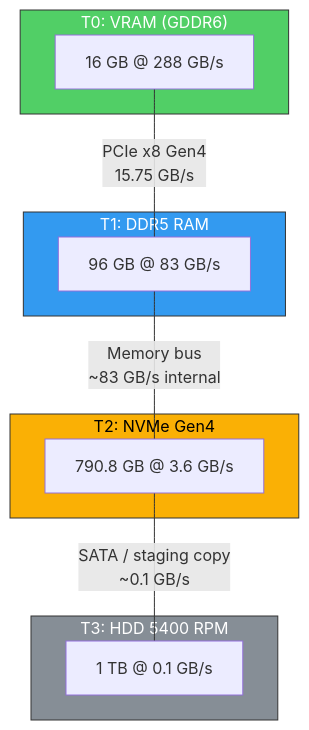
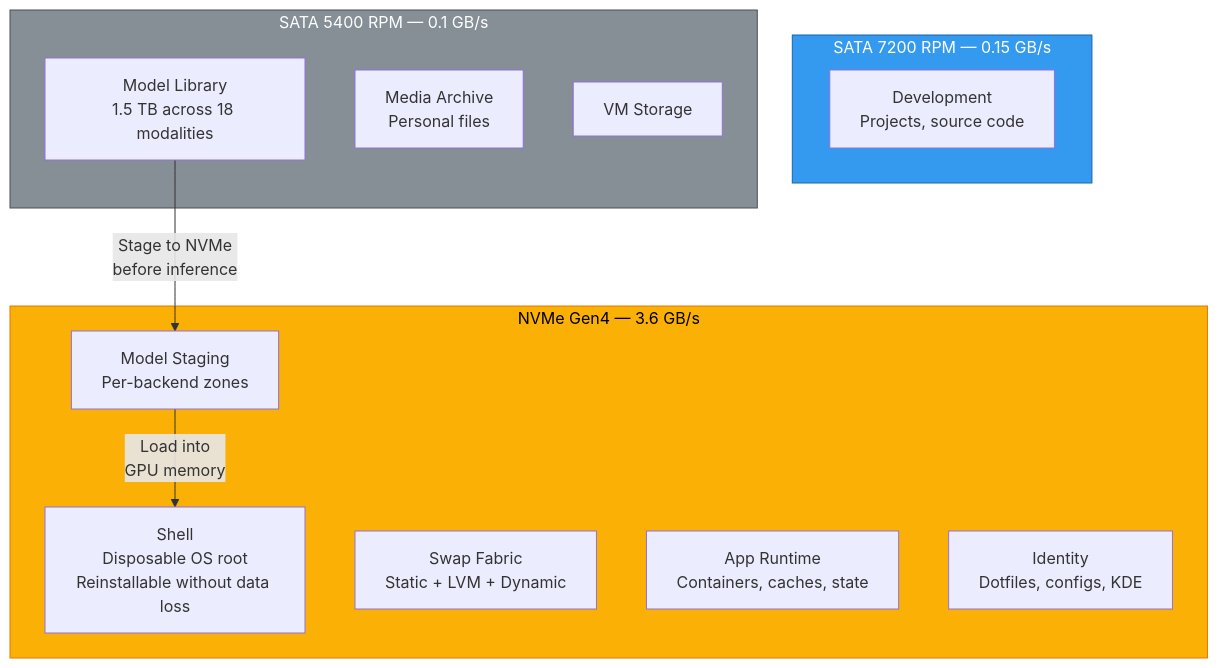
Before and after one commit to AmeerJ97/project-host: the third of 4 diagrams in README.md, drawn with Mermaid. The commit also changed other lines of this file and 23 other files, not shown here.

First line of the commit message:
feat: CUDA 13.1, per-backend staging zones, validation suite v5.0

````diff
--- a/README.md
+++ b/README.md
@@ -111,27 +104,27 @@
 ```mermaid
 graph TD
-    subgraph T0 ["T0: VRAM (GDDR6)"]
-        VRAM["16 GB @ 288 GB/s"]
+    subgraph NVMe_Tier ["NVMe Gen4 — 3.6 GB/s"]
+        SHELL["Shell<br/>Disposable OS root<br/>Reinstallable without data loss"]
+        GW_SWAP["Swap Fabric<br/>Static + LVM + Dynamic"]
+        GW_STAGE["Model Staging<br/>Per-backend zones"]
+        GW_APPS["App Runtime<br/>Containers, caches, state"]
+        GW_CONF["Identity<br/>Dotfiles, configs, KDE"]
     end
 
-    subgraph T1 ["T1: DDR5 RAM"]
-        RAM["96 GB @ 83 GB/s"]
+    subgraph SATA_Fast ["SATA 7200 RPM — 0.15 GB/s"]
+        DEV["Development<br/>Projects, source code"]
     end
 
-    subgraph T2 ["T2: NVMe Gen4"]
-        NVME["790.8 GB @ 3.6 GB/s"]
+    subgraph SATA_Slow ["SATA 5400 RPM — 0.1 GB/s"]
+        MODELS["Model Library<br/>1.5 TB across 18 modalities"]
+        MEDIA["Media Archive<br/>Personal files"]
+        VMS["VM Storage"]
     end
 
-    subgraph T3 ["T3: HDD 5400 RPM"]
-        HDD["1 TB @ 0.1 GB/s"]
-    end
+    MODELS -->|"Stage to NVMe<br/>before inference"| GW_STAGE
+    GW_STAGE -->|"Load into<br/>GPU memory"| SHELL
 
-    VRAM ---|"PCIe x8 Gen4<br>15.75 GB/s"| RAM
-    RAM ---|"Memory bus<br>~83 GB/s internal"| NVME
-    NVME ---|"SATA / staging copy<br>~0.1 GB/s"| HDD
-
-    style T0 fill:#51cf66,stroke:#333,color:#fff
-    style T1 fill:#339af0,stroke:#333,color:#fff
-    style T2 fill:#fab005,stroke:#333,color:#000
-    style T3 fill:#868e96,stroke:#333,color:#fff
+    style NVMe_Tier fill:#fab005,stroke:#e67700,color:#000
+    style SATA_Fast fill:#339af0,stroke:#1864ab,color:#fff
+    style SATA_Slow fill:#868e96,stroke:#495057,color:#fff
 ```
````
